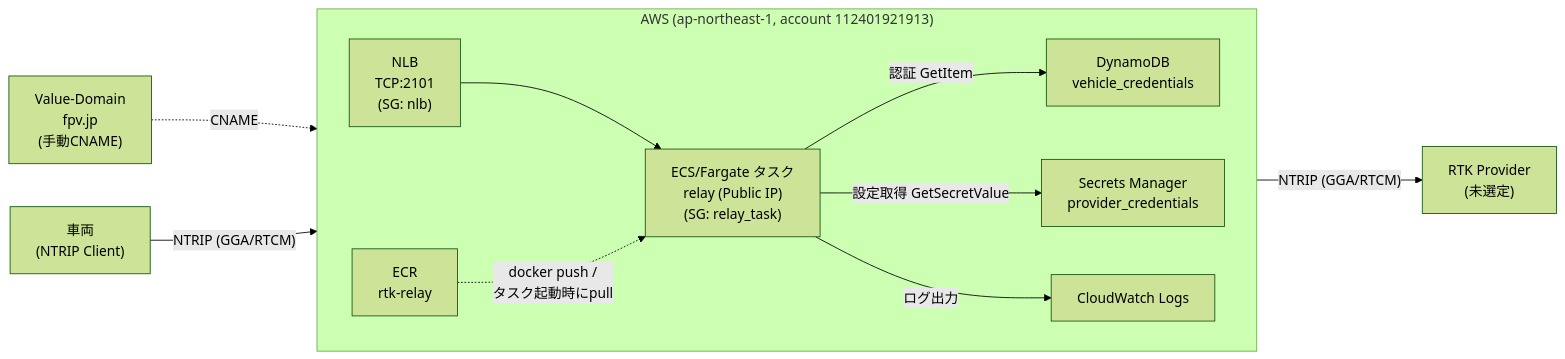
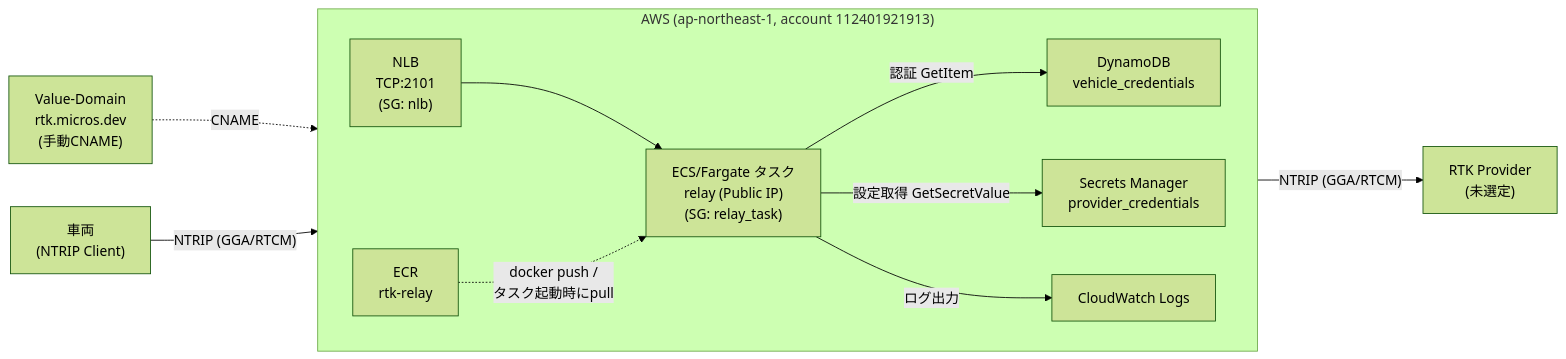
Before and after one commit to hexaforce/RTK: the diagram in infra/terraform/README.md, drawn with Mermaid (forest theme). The commit also changed other lines of this file and 9 other files, not shown here.

````diff
--- a/infra/terraform/README.md
+++ b/infra/terraform/README.md
@@ -10,24 +10,24 @@
 ``` mermaid
 flowchart LR
     VEHICLE["車両<br/>(NTRIP Client)"]
     PROVIDER["RTK Provider<br/>(未選定)"]
-    VD["Value-Domain<br/>fpv.jp<br/>(手動CNAME)"]
+    VD["Value-Domain<br/>rtk.micros.dev<br/>(手動CNAME)"]
 
     subgraph AWS["AWS (ap-northeast-1, account 112401921913)"]
         direction LR
         NLB["NLB<br/>TCP:2101<br/>(SG: nlb)"]
         TASK["ECS/Fargate タスク<br/>relay (Public IP)<br/>(SG: relay_task)"]
         ECR["ECR<br/>rtk-relay"]
         DDB["DynamoDB<br/>vehicle_credentials"]
         SECRETS["Secrets Manager<br/>provider_credentials"]
         LOGS["CloudWatch Logs"]
     end
 
     VD -.->|"CNAME"| NLB
     VEHICLE -->|"NTRIP (GGA/RTCM)"| NLB --> TASK
     TASK -->|"NTRIP (GGA/RTCM)"| PROVIDER
     TASK -->|"認証 GetItem"| DDB
     TASK -->|"設定取得 GetSecretValue"| SECRETS
     TASK -->|"ログ出力"| LOGS
     ECR -.->|"docker push /<br/>タスク起動時にpull"| TASK
 ```
````
